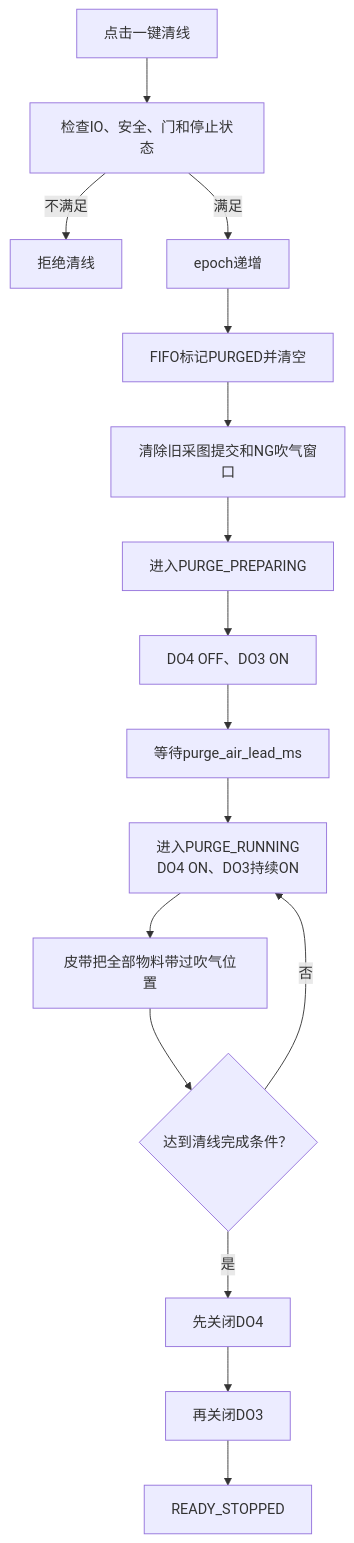
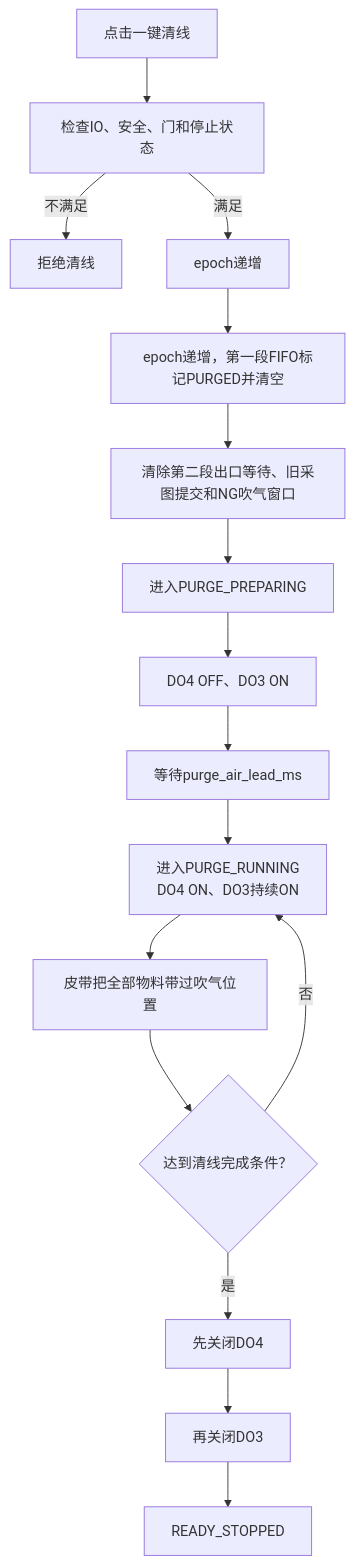
One commit to wulili200709/EmbeddingTest changed the seventh of 12 diagrams in 皮带线IO控制架构与代码流程说明.md. Above: the diagram before and after it, drawn with Mermaid. The commit also changed other lines of this file and 8 other files, not shown here.

````diff
--- a/皮带线IO控制架构与代码流程说明.md
+++ b/皮带线IO控制架构与代码流程说明.md
@@ -498,18 +549,18 @@
 ```mermaid
 flowchart TD
     A["点击一键清线"] --> B["检查IO、安全、门和停止状态"]
     B -->|"不满足"| C["拒绝清线"]
     B -->|"满足"| D["epoch递增"]
-    D --> E["FIFO标记PURGED并清空"]
-    E --> F["清除旧采图提交和NG吹气窗口"]
+    D --> E["epoch递增，第一段FIFO标记PURGED并清空"]
+    E --> F["清除第二段出口等待、旧采图提交和NG吹气窗口"]
     F --> G["进入PURGE_PREPARING"]
     G --> H["DO4 OFF、DO3 ON"]
     H --> I["等待purge_air_lead_ms"]
     I --> J["进入PURGE_RUNNING<br/>DO4 ON、DO3持续ON"]
     J --> K["皮带把全部物料带过吹气位置"]
     K --> L{"达到清线完成条件？"}
     L -->|"否"| J
     L -->|"是"| M["先关闭DO4"]
     M --> N["再关闭DO3"]
     N --> O["READY_STOPPED"]
 ```
````
